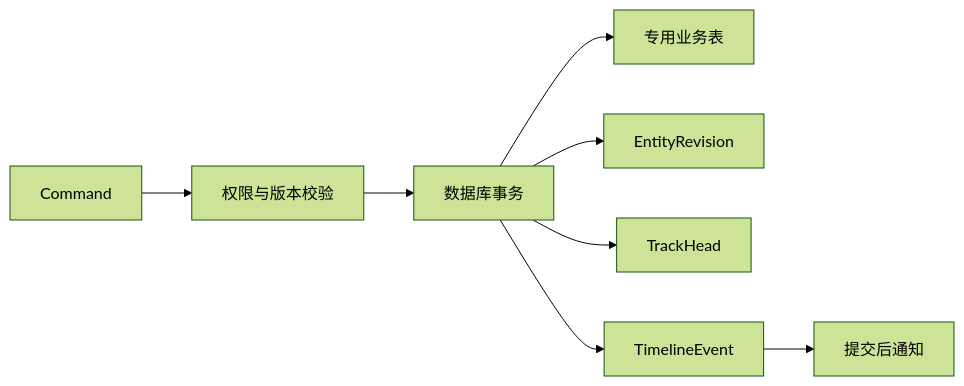
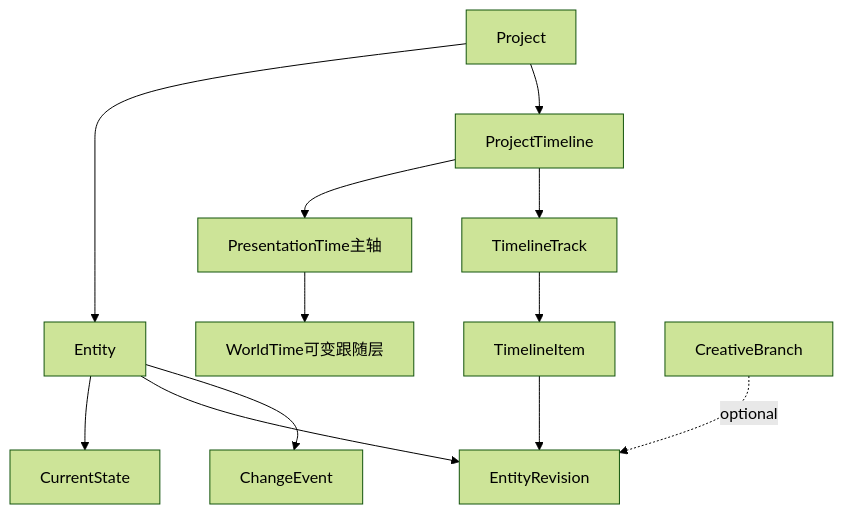
The first of 3 diagrams in docs/architecture/entity-state-timeline-track.md (qingyu-ak/Zivith), drawn with Mermaid (forest theme) before and after one commit. The commit also changed other lines of this file and 22 other files, not shown here.

First line of the commit message:
feat(domain): freeze Track H H1 snapshot and ChangeEvent schemas

````diff
--- a/docs/architecture/entity-state-timeline-track.md
+++ b/docs/architecture/entity-state-timeline-track.md
@@ -135,10 +224,14 @@
 ```mermaid
-flowchart LR
-  Command[Command] --> Validate[权限与版本校验]
-  Validate --> Tx[数据库事务]
-  Tx --> BusinessRow[专用业务表]
-  Tx --> Revision[EntityRevision]
-  Tx --> Head[TrackHead]
-  Tx --> Event[TimelineEvent]
-  Event --> AfterCommit[提交后通知]
+flowchart TB
+  Project[Project] --> Entity[Entity]
+  Entity --> CurrentState[CurrentState]
+  Entity --> Revision[EntityRevision]
+  Project --> Timeline[ProjectTimeline]
+  Timeline --> PresentationAxis[PresentationTime主轴]
+  PresentationAxis --> WorldLayer[WorldTime可变跟随层]
+  Timeline --> Track[TimelineTrack]
+  Track --> Item[TimelineItem]
+  Item --> Revision
+  Entity --> ChangeEvent[ChangeEvent]
+  CreativeBranch[CreativeBranch] -. optional .-> Revision
 ```
````
